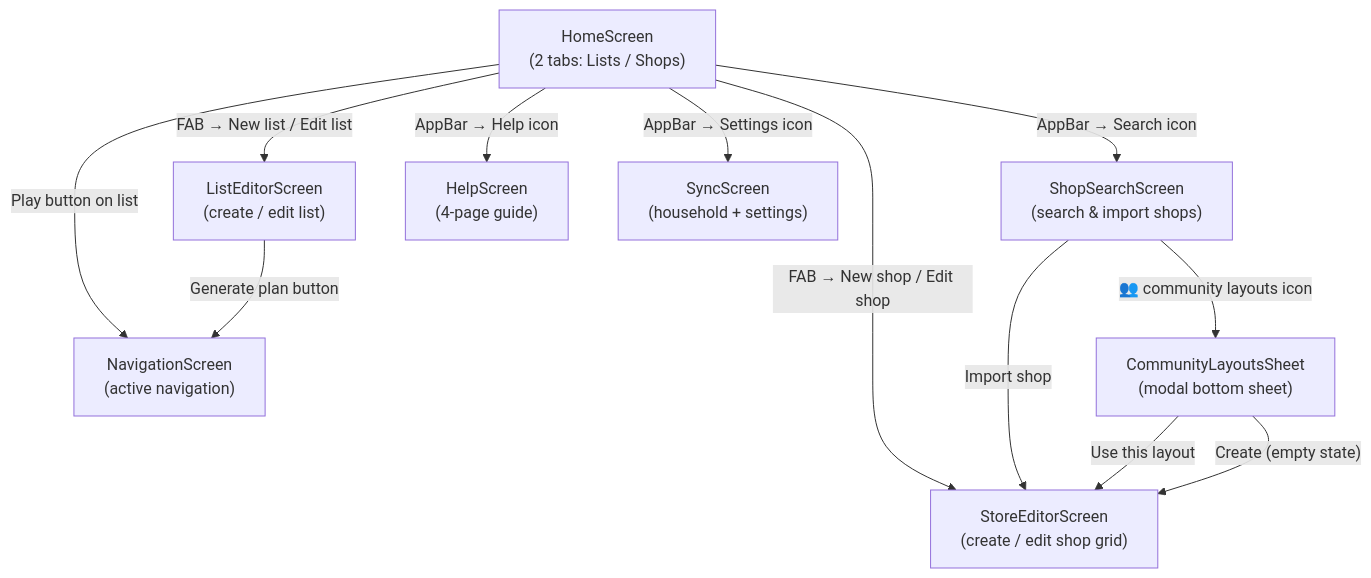
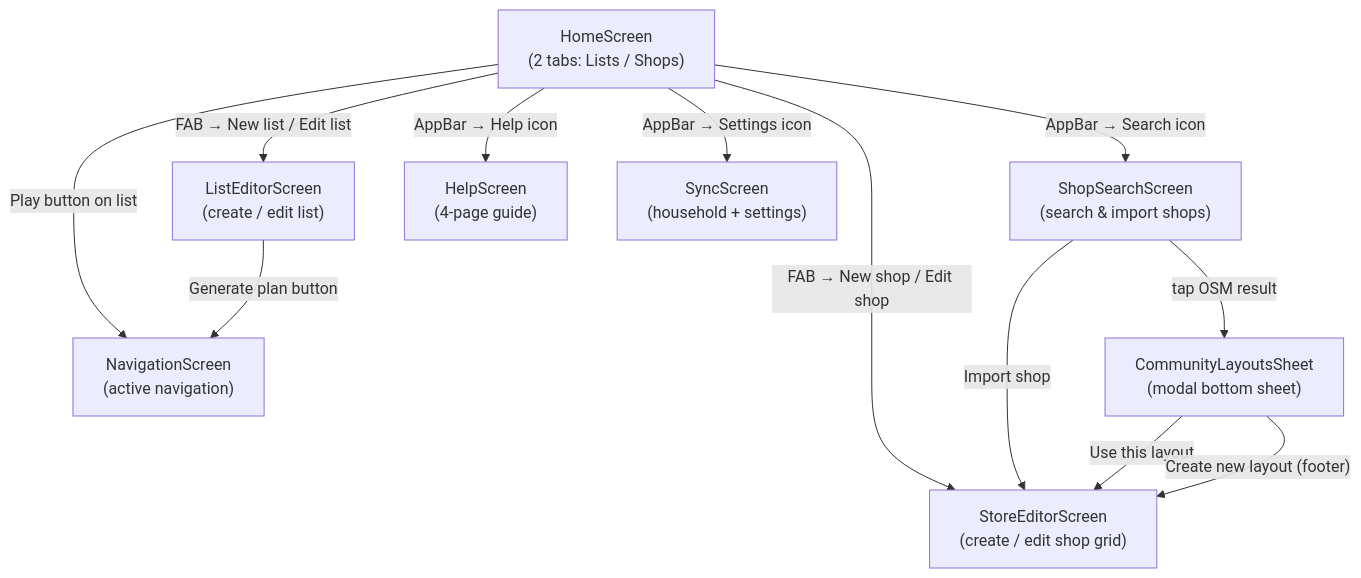
Before and after one commit to danile42/fairelescourses: the first of 2 diagrams in docs/architecture/screens-navigation.md, drawn with Mermaid. The commit also changed other lines of this file and 9 other files, not shown here.

First line of the commit message:
OSM tile tap opens community sheet; optional tour hints; docs

````diff
--- a/docs/architecture/screens-navigation.md
+++ b/docs/architecture/screens-navigation.md
@@ -7,22 +7,22 @@
 ```mermaid
 flowchart TD
     Home["HomeScreen\n(2 tabs: Lists / Shops)"]
     ListEditor["ListEditorScreen\n(create / edit list)"]
     StoreEditor["StoreEditorScreen\n(create / edit shop grid)"]
     Nav["NavigationScreen\n(active navigation)"]
     Search["ShopSearchScreen\n(search & import shops)"]
     Help["HelpScreen\n(4-page guide)"]
     Sync["SyncScreen\n(household + settings)"]
 
     Home -->|"FAB → New list / Edit list"| ListEditor
     Home -->|"FAB → New shop / Edit shop"| StoreEditor
     Home -->|"Play button on list"| Nav
     Home -->|"AppBar → Search icon"| Search
     Home -->|"AppBar → Help icon"| Help
     Home -->|"AppBar → Settings icon"| Sync
     ListEditor -->|"Generate plan button"| Nav
     Search -->|"Import shop"| StoreEditor
-    Search -->|"👥 community layouts icon"| CommunitySheet["CommunityLayoutsSheet\n(modal bottom sheet)"]
+    Search -->|"tap OSM result"| CommunitySheet["CommunityLayoutsSheet\n(modal bottom sheet)"]
     CommunitySheet -->|"Use this layout"| StoreEditor
-    CommunitySheet -->|"Create (empty state)"| StoreEditor
+    CommunitySheet -->|"Create new layout (footer)"| StoreEditor
 ```
````
